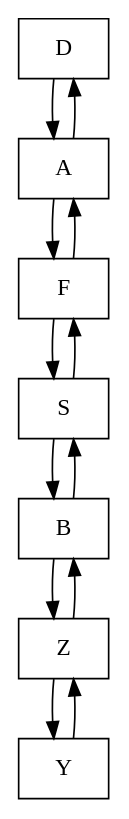
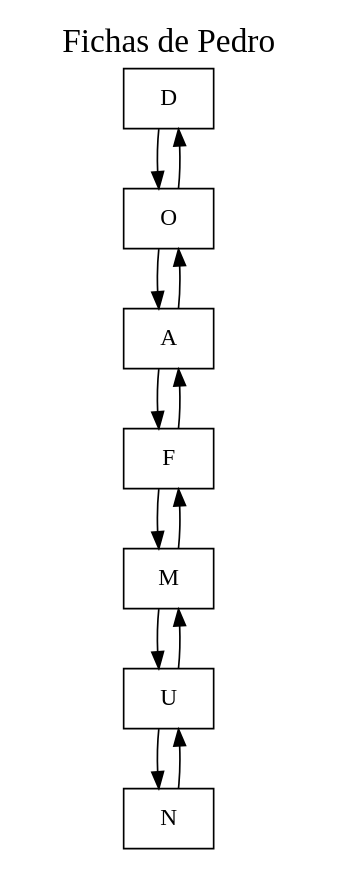
One commit to elJuanjoRamos/EDD_1S2020_PY1_201801262 changed the diagram in EDD_Proyecto1/EDD_Proyecto1/LD_LetterPlayer.dot. Above: the diagram before and after it, drawn with Graphviz. The commit also changed 22 other files, not shown here.

```diff
--- a/EDD_Proyecto1/EDD_Proyecto1/LD_LetterPlayer.dot
+++ b/EDD_Proyecto1/EDD_Proyecto1/LD_LetterPlayer.dot
@@ -1,21 +1,22 @@
-digraph G {node[shape = box];
+digraph G {graph[label="Fichas de Pedro", labelloc=t, fontsize=20]
+node[shape = box];
 Nodo0 [label = "D"];
-Nodo1 [label = "A"];
-Nodo2 [label = "F"];
-Nodo3 [label = "S"];
-Nodo4 [label = "B"];
-Nodo5 [label = "Z"];
-Nodo6 [label = "Y"];
+Nodo1 [label = "O"];
+Nodo2 [label = "A"];
+Nodo3 [label = "F"];
+Nodo4 [label = "M"];
+Nodo5 [label = "U"];
+Nodo6 [label = "N"];
 Nodo0->Nodo1;
 Nodo1->Nodo0;
 Nodo1->Nodo2;
 Nodo2->Nodo1;
 Nodo2->Nodo3;
 Nodo3->Nodo2;
 Nodo3->Nodo4;
 Nodo4->Nodo3;
 Nodo4->Nodo5;
 Nodo5->Nodo4;
 Nodo5->Nodo6;
 Nodo6->Nodo5;
 }
```
